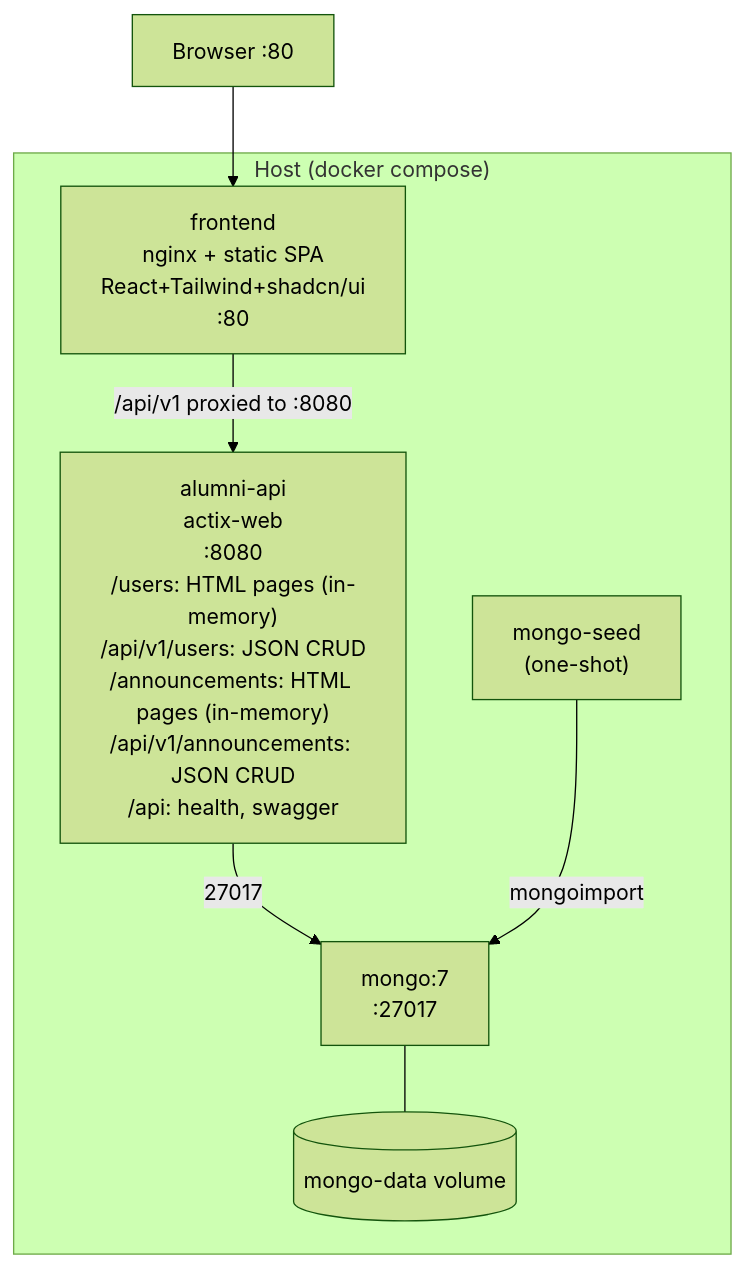
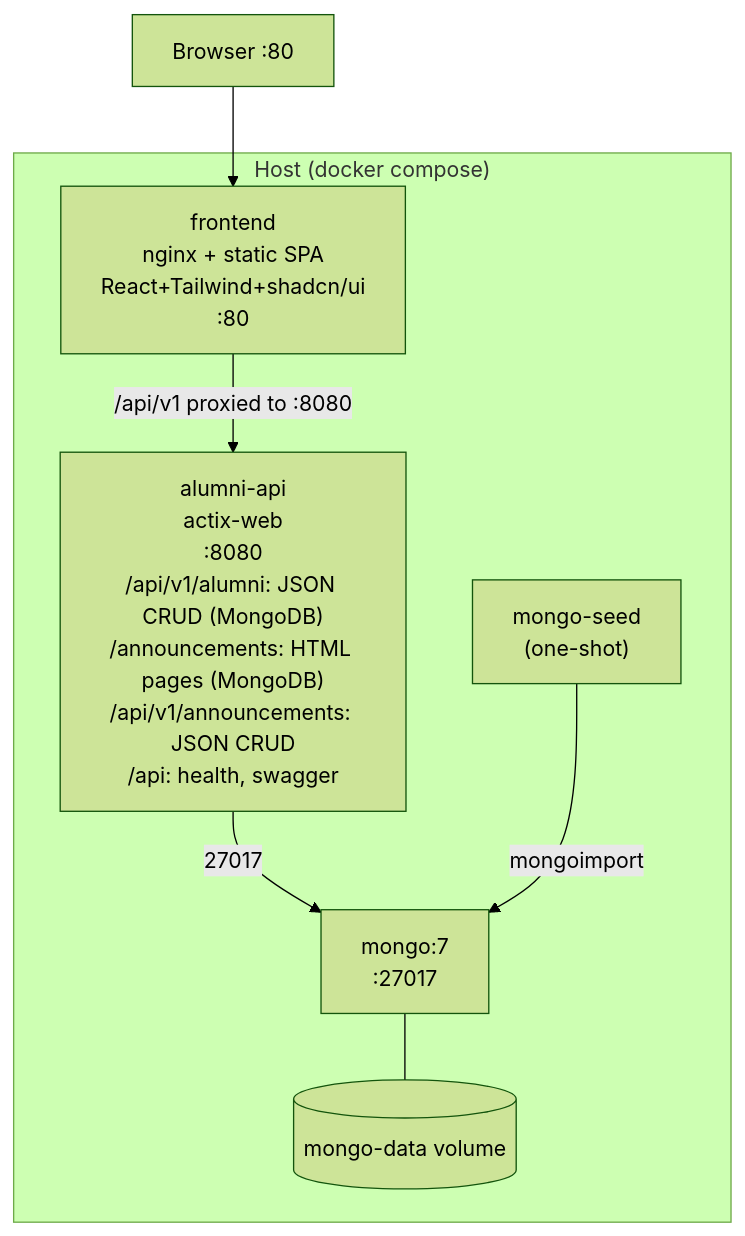
The diagram in docs/architecture/container.mmd (Berbadov/alumni), drawn with Mermaid (forest theme) before and after one commit. The commit also changed 29 other files, not shown here.

Commit message:
feat: migrate users and announcements to MongoDB per ddd.md

```diff
--- a/docs/architecture/container.mmd
+++ b/docs/architecture/container.mmd
@@ -1,15 +1,15 @@
 %% Docker compose containers, ports and volumes
 flowchart TB
     subgraph Host["Host (docker compose)"]
         FE["frontend\nnginx + static SPA\nReact+Tailwind+shadcn/ui\n:80"]
-        API["alumni-api\nactix-web\n:8080\n/users: HTML pages (in-memory)\n/api/v1/users: JSON CRUD\n/announcements: HTML pages (in-memory)\n/api/v1/announcements: JSON CRUD\n/api: health, swagger"]
+        API["alumni-api\nactix-web\n:8080\n/api/v1/alumni: JSON CRUD (MongoDB)\n/announcements: HTML pages (MongoDB)\n/api/v1/announcements: JSON CRUD\n/api: health, swagger"]
         Seed["mongo-seed\n(one-shot)"]
         DB["mongo:7\n:27017"]
         Vol[("mongo-data volume")]
     end
 
     Browser["Browser :80"] --> FE
     FE -->|"/api/v1 proxied to :8080"| API
     API -->|27017| DB
     Seed -->|mongoimport| DB
     DB --- Vol
```
